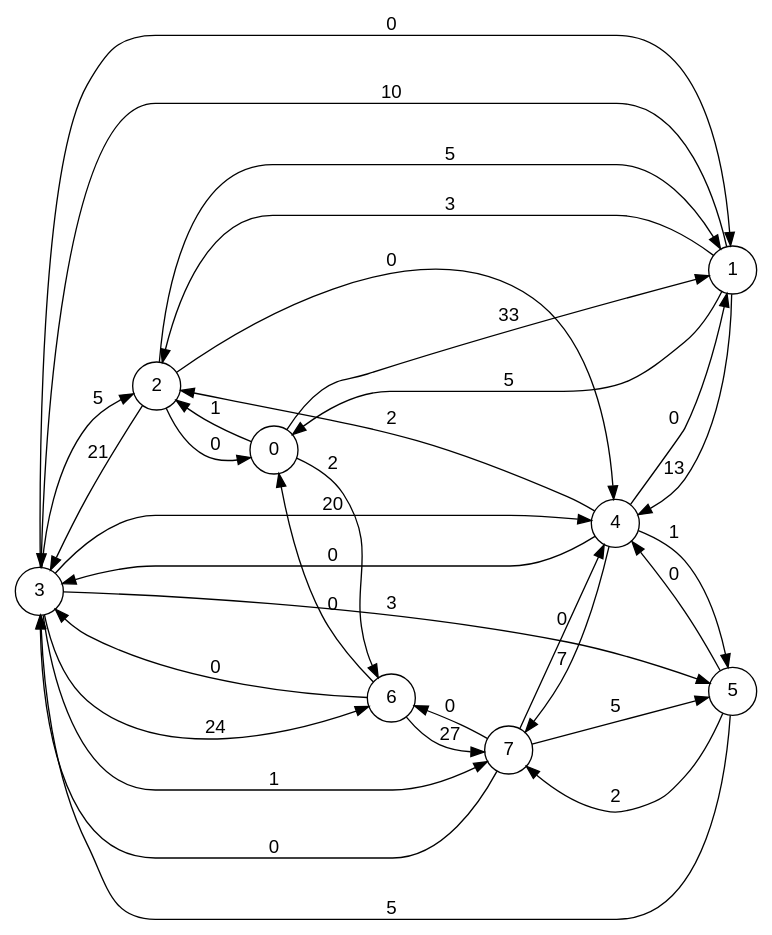
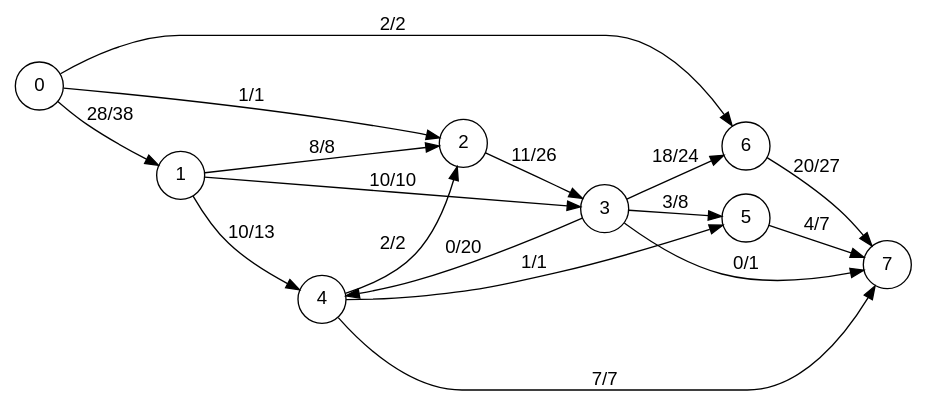
One commit to mateobwe/ocaml-maxflow-project changed the diagram in graph2.dot. Above: the diagram before and after it, drawn with Graphviz. The commit also changed 15 other files, not shown here.

```diff
--- a/graph2.dot
+++ b/graph2.dot
@@ -1,39 +1,23 @@
 digraph finite_state_machine {
   fontname="Helvetica,Arial,sans-serif"
   node [fontname="Helvetica,Arial,sans-serif"]
   edge [fontname="Helvetica,Arial,sans-serif"]
   rankdir=LR;
   node [shape = circle];
-  3 -> 2 [ label = "5" ];
-  3 -> 1 [ label = "0" ];
-  3 -> 5 [ label = "3" ];
-  3 -> 4 [ label = "20" ];
-  3 -> 7 [ label = "1" ];
-  3 -> 6 [ label = "24" ];
-  1 -> 4 [ label = "13" ];
-  1 -> 3 [ label = "10" ];
-  1 -> 2 [ label = "3" ];
-  1 -> 0 [ label = "5" ];
-  6 -> 7 [ label = "27" ];
-  6 -> 3 [ label = "0" ];
-  6 -> 0 [ label = "0" ];
-  0 -> 2 [ label = "1" ];
-  0 -> 1 [ label = "33" ];
-  0 -> 6 [ label = "2" ];
-  5 -> 7 [ label = "2" ];
-  5 -> 3 [ label = "5" ];
-  5 -> 4 [ label = "0" ];
-  7 -> 5 [ label = "5" ];
-  7 -> 6 [ label = "0" ];
-  7 -> 3 [ label = "0" ];
-  7 -> 4 [ label = "0" ];
-  2 -> 3 [ label = "21" ];
-  2 -> 1 [ label = "5" ];
-  2 -> 0 [ label = "0" ];
-  2 -> 4 [ label = "0" ];
-  4 -> 1 [ label = "0" ];
-  4 -> 3 [ label = "0" ];
-  4 -> 5 [ label = "1" ];
-  4 -> 7 [ label = "7" ];
-  4 -> 2 [ label = "2" ];
+  4 -> 2 [ label = "2/2" ];
+  4 -> 7 [ label = "7/7" ];
+  4 -> 5 [ label = "1/1" ];
+  0 -> 6 [ label = "2/2" ];
+  0 -> 1 [ label = "28/38" ];
+  0 -> 2 [ label = "1/1" ];
+  3 -> 6 [ label = "18/24" ];
+  3 -> 7 [ label = "0/1" ];
+  3 -> 4 [ label = "0/20" ];
+  3 -> 5 [ label = "3/8" ];
+  6 -> 7 [ label = "20/27" ];
+  5 -> 7 [ label = "4/7" ];
+  1 -> 2 [ label = "8/8" ];
+  1 -> 3 [ label = "10/10" ];
+  1 -> 4 [ label = "10/13" ];
+  2 -> 3 [ label = "11/26" ];
 }
```
